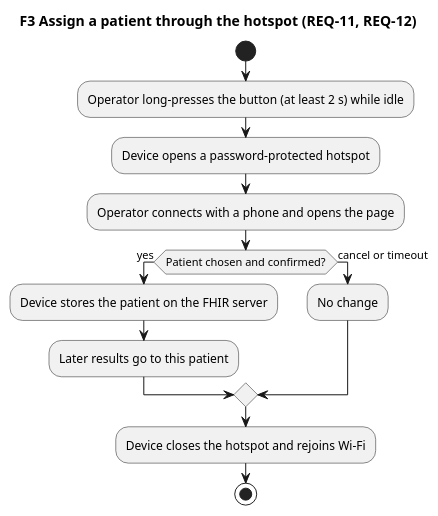
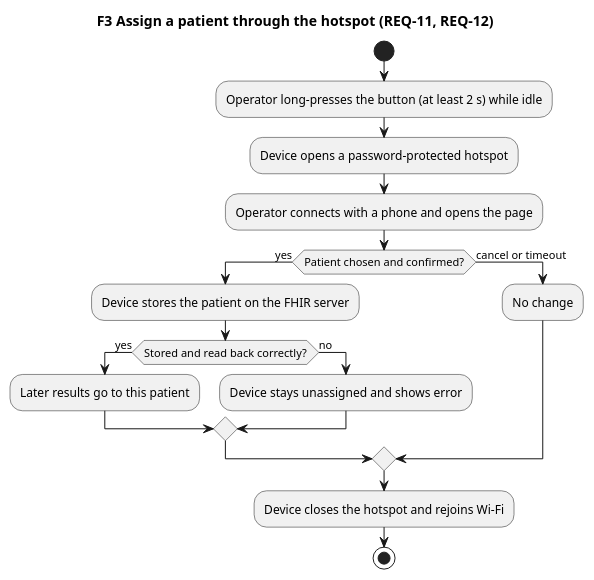
Before and after one commit to DemonicPsychoII/DigitalStethoscope: the diagram in Development/system/requirements/use-cases/uc-03-assign-patient.puml, drawn with PlantUML. The commit also changed 7 other files, not shown here.

```diff
--- a/Development/system/requirements/use-cases/uc-03-assign-patient.puml
+++ b/Development/system/requirements/use-cases/uc-03-assign-patient.puml
@@ -1,17 +1,21 @@
 @startuml uc_03_assign_patient
 skinparam shadowing false
 skinparam defaultFontName SansSerif
 title F3 Assign a patient through the hotspot (REQ-11, REQ-12)
 start
 :Operator long-presses the button (at least 2 s) while idle;
 :Device opens a password-protected hotspot;
 :Operator connects with a phone and opens the page;
 if (Patient chosen and confirmed?) then (yes)
  :Device stores the patient on the FHIR server;
- :Later results go to this patient;
+ if (Stored and read back correctly?) then (yes)
+  :Later results go to this patient;
+ else (no)
+  :Device stays unassigned and shows error;
+ endif
 else (cancel or timeout)
  :No change;
 endif
 :Device closes the hotspot and rejoins Wi-Fi;
 stop
 @enduml
```
